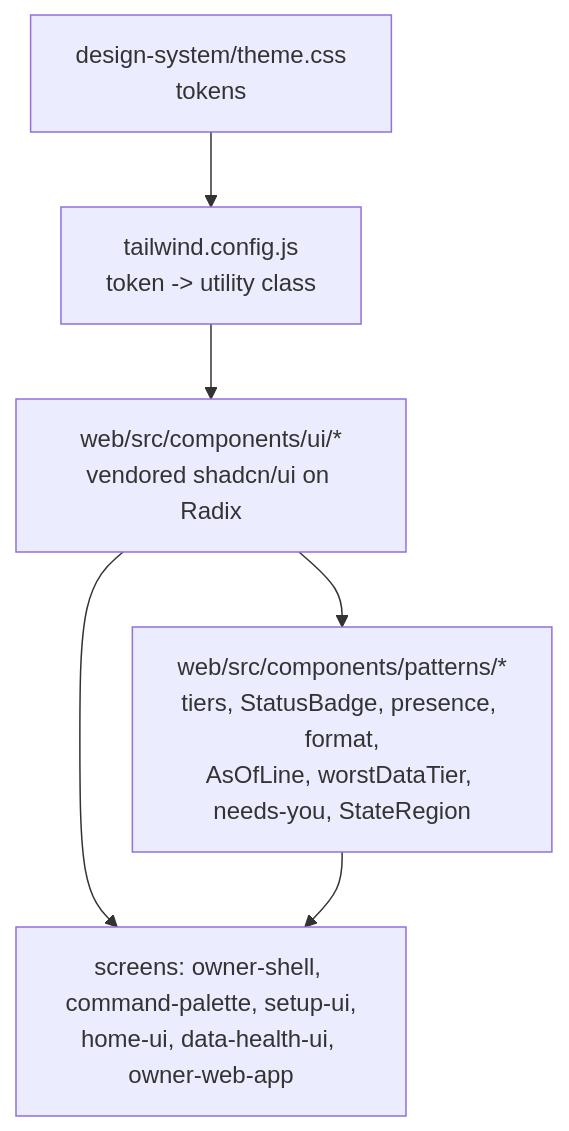
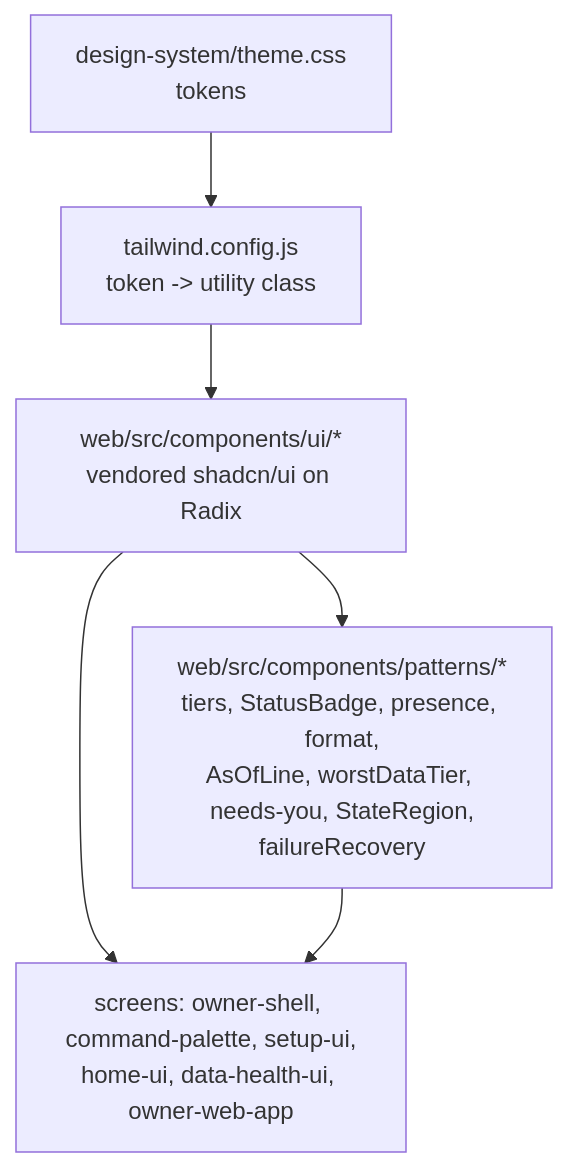
The first of 3 diagrams in docs/capabilities/CAP-003-app-shell-and-data-health/design/component-design-ui-components.md (ajodraca/FactorFlow-v2), drawn with Mermaid before and after one commit. The commit also changed other lines of this file and 7 other files, not shown here.

````diff
--- a/docs/capabilities/CAP-003-app-shell-and-data-health/design/component-design-ui-components.md
+++ b/docs/capabilities/CAP-003-app-shell-and-data-health/design/component-design-ui-components.md
@@ -167,8 +171,8 @@
 ```mermaid
 flowchart TB
     T["design-system/theme.css<br/>tokens"] --> TW["tailwind.config.js<br/>token -> utility class"]
     TW --> UI["web/src/components/ui/*<br/>vendored shadcn/ui on Radix"]
-    UI --> PAT["web/src/components/patterns/*<br/>tiers, StatusBadge, presence, format,<br/>AsOfLine, worstDataTier, needs-you, StateRegion"]
+    UI --> PAT["web/src/components/patterns/*<br/>tiers, StatusBadge, presence, format,<br/>AsOfLine, worstDataTier, needs-you, StateRegion,<br/>failureRecovery"]
     UI --> SCR["screens: owner-shell, command-palette, setup-ui,<br/>home-ui, data-health-ui, owner-web-app"]
     PAT --> SCR
 ```
````
